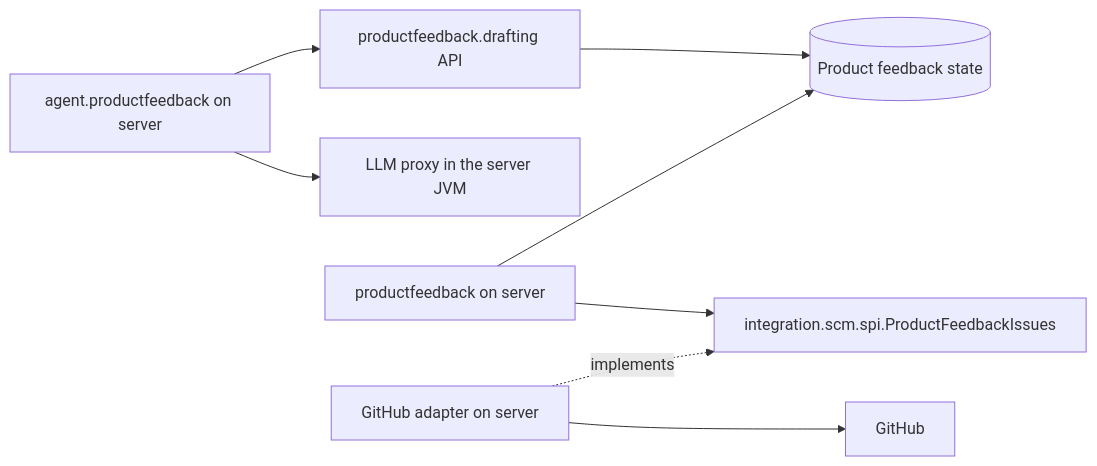
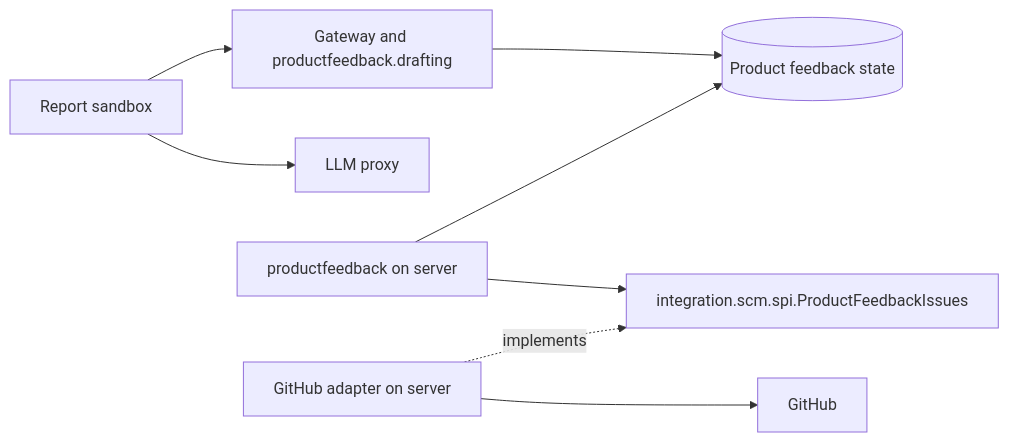
Before and after one commit to hephaestus-build/Hephaestus: the first of 2 diagrams in docs/contributor/product-feedback.mdx, drawn with Mermaid. The commit also changed other lines of this file and 81 other files, not shown here.

Commit message:
refactor(server): draft product feedback in sandbox runs

````diff
--- a/docs/contributor/product-feedback.mdx
+++ b/docs/contributor/product-feedback.mdx
@@ -26,12 +25,12 @@
 ```mermaid
 flowchart LR
     accTitle: Product feedback module and role boundaries
-    accDescr: The draft adapter on the server reads the draft call from productfeedback and sends it through the LLM proxy. The server routes and files through the GitHub adapter.
-    A[agent.productfeedback on server] --> D[productfeedback.drafting API]
-    A --> L[LLM proxy in the server JVM]
+    accDescr: A report sandbox reads the draft context from the gateway and calls the LLM proxy. The server routes and files through the GitHub adapter.
+    A[Report sandbox] --> D[Gateway and productfeedback.drafting]
+    A --> L[LLM proxy]
     D --> DB[(Product feedback state)]
     S[productfeedback on server] --> DB
     S --> P[integration.scm.spi.ProductFeedbackIssues]
     G[GitHub adapter on server] -. implements .-> P
     G --> GH[GitHub]
 ```
````
